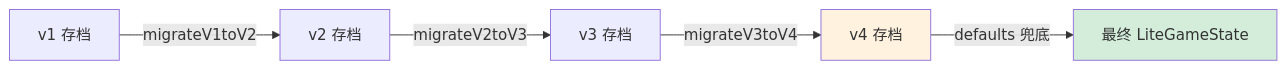
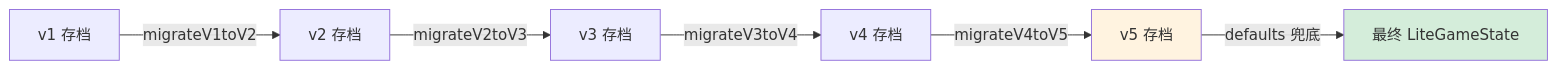
The diagram in docs/design/arch/schema.md (bennygray/7game), drawn with Mermaid before and after one commit. The commit also changed other lines of this file and 93 other files, not shown here.

````diff
--- a/docs/design/arch/schema.md
+++ b/docs/design/arch/schema.md
@@ -21,9 +22,10 @@
 ```mermaid
 graph LR
     V1["v1 存档"] -->|migrateV1toV2| V2["v2 存档"]
     V2 -->|migrateV2toV3| V3["v3 存档"]
     V3 -->|migrateV3toV4| V4["v4 存档"]
-    V4 -->|defaults 兜底| FINAL["最终 LiteGameState"]
+    V4 -->|migrateV4toV5| V5["v5 存档"]
+    V5 -->|defaults 兜底| FINAL["最终 LiteGameState"]
     style FINAL fill:#d4edda
-    style V4 fill:#fff3e0
+    style V5 fill:#fff3e0
 ```
````
